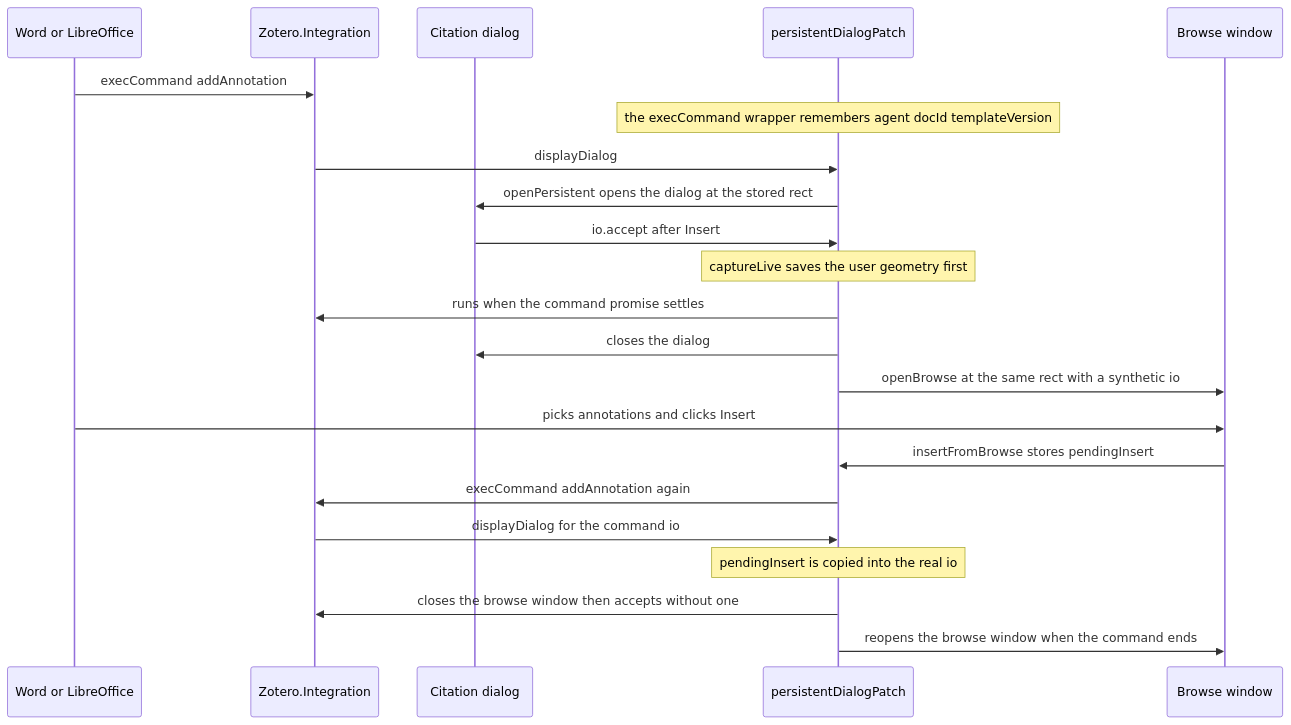
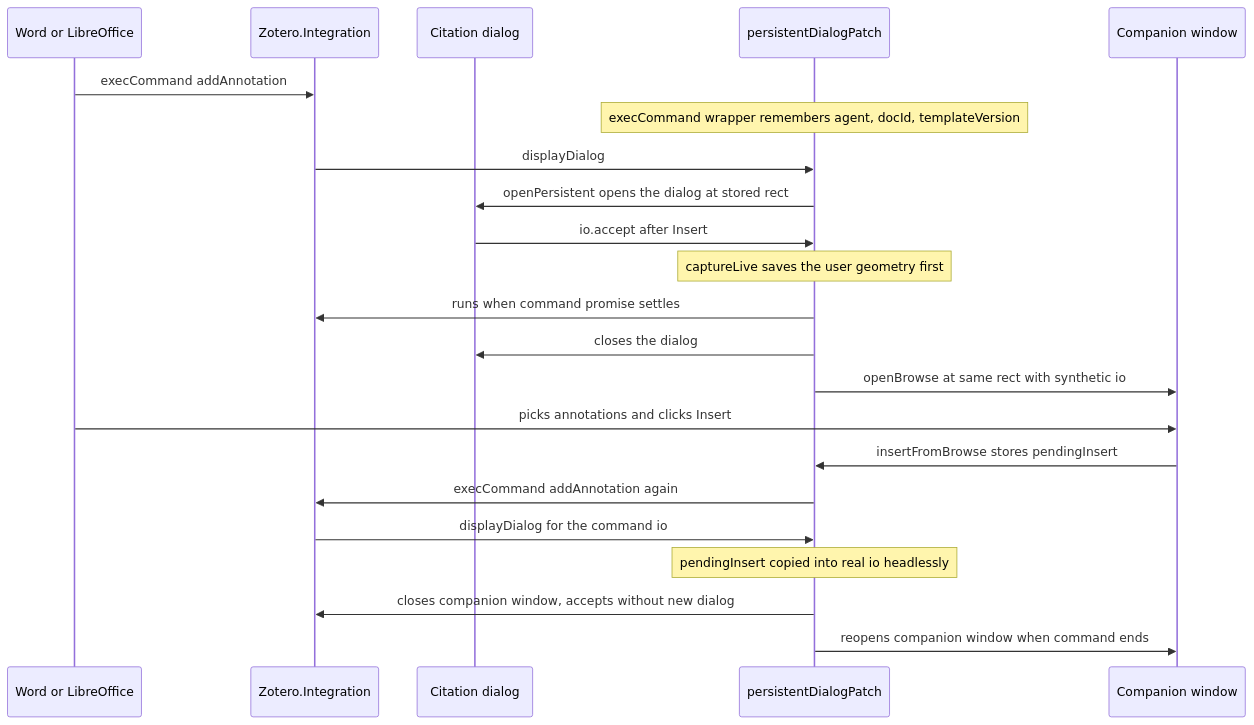
Before and after one commit to justanotherjurastudent/zotero_FlexAnnotate: the third of 3 diagrams in openwiki/integrations/external-api.md, drawn with Mermaid. The commit also changed other lines of this file and 38 other files, not shown here.

````diff
--- a/openwiki/integrations/external-api.md
+++ b/openwiki/integrations/external-api.md
@@ -337,25 +437,25 @@
 ```mermaid
 sequenceDiagram
     participant W as Word or LibreOffice
     participant INT as Zotero.Integration
     participant DLG as Citation dialog
     participant PATCH as persistentDialogPatch
-    participant BRW as Browse window
+    participant BRW as Companion window
 
     W->>INT: execCommand addAnnotation
-    Note over PATCH: the execCommand wrapper remembers agent docId templateVersion
+    Note over PATCH: execCommand wrapper remembers agent, docId, templateVersion
     INT->>PATCH: displayDialog
-    PATCH->>DLG: openPersistent opens the dialog at the stored rect
+    PATCH->>DLG: openPersistent opens the dialog at stored rect
     DLG->>PATCH: io.accept after Insert
     Note over PATCH: captureLive saves the user geometry first
-    PATCH->>INT: runs when the command promise settles
+    PATCH->>INT: runs when command promise settles
     PATCH->>DLG: closes the dialog
-    PATCH->>BRW: openBrowse at the same rect with a synthetic io
+    PATCH->>BRW: openBrowse at same rect with synthetic io
     W->>BRW: picks annotations and clicks Insert
     BRW->>PATCH: insertFromBrowse stores pendingInsert
     PATCH->>INT: execCommand addAnnotation again
     INT->>PATCH: displayDialog for the command io
-    Note over PATCH: pendingInsert is copied into the real io
-    PATCH->>INT: closes the browse window then accepts without one
-    PATCH->>BRW: reopens the browse window when the command ends
+    Note over PATCH: pendingInsert copied into real io headlessly
+    PATCH->>INT: closes companion window, accepts without new dialog
+    PATCH->>BRW: reopens companion window when command ends
 ```
````
